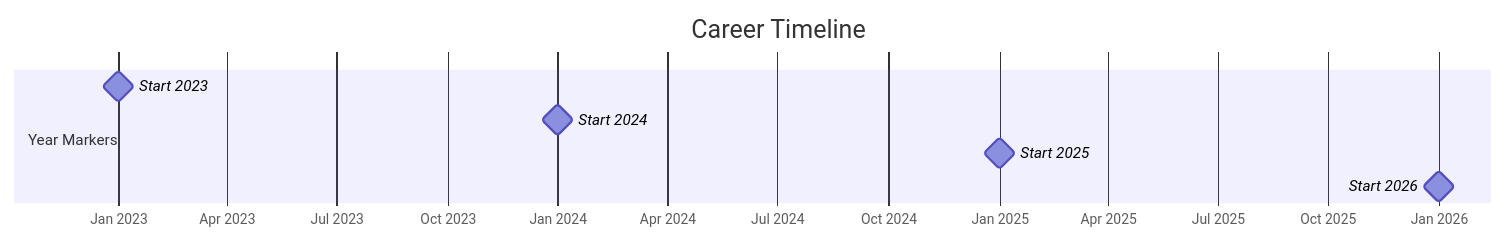
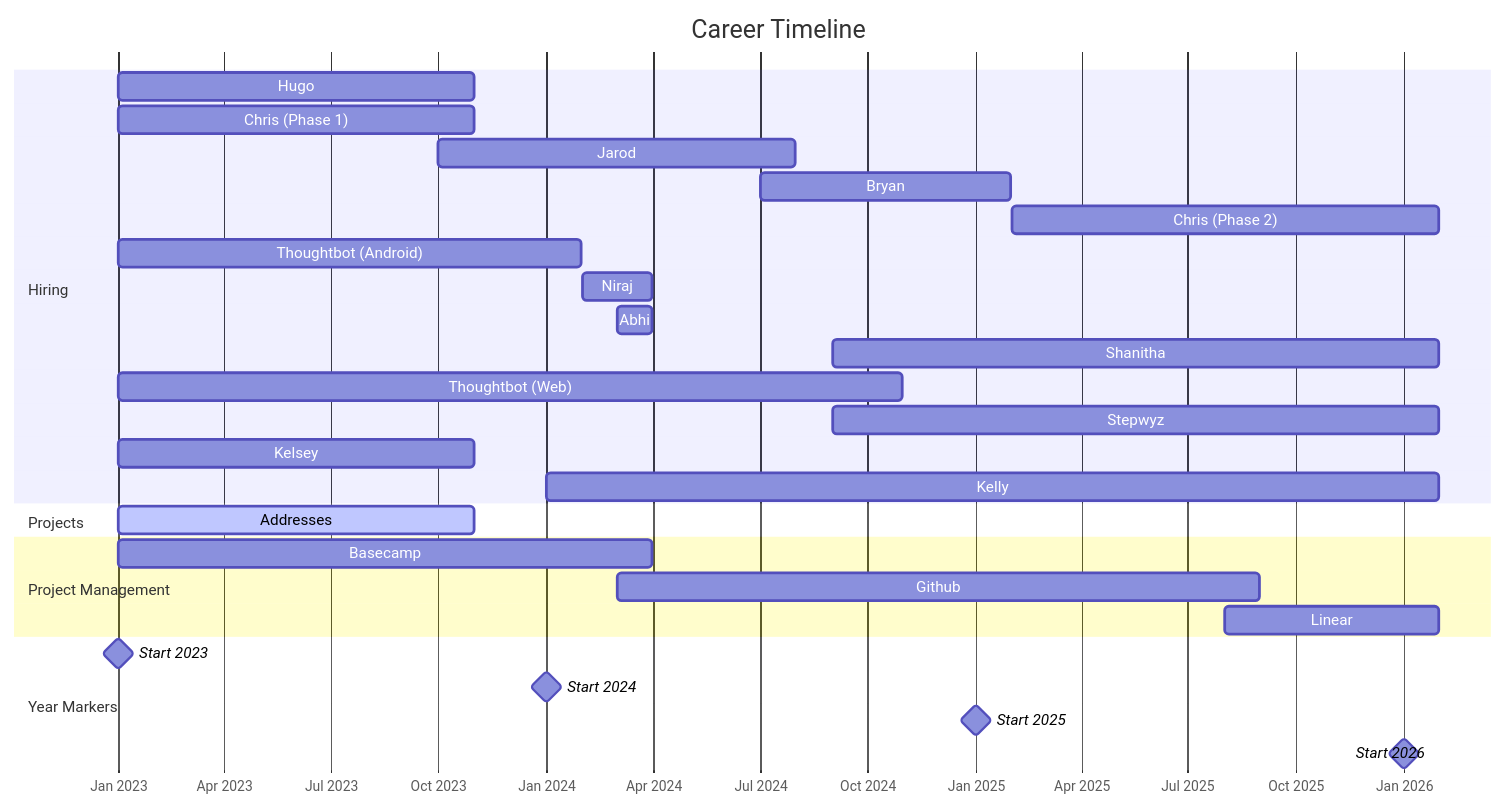
One commit to dpaola2/career-chart-oqc changed the diagram in gantt.mmd. Above: the diagram before and after it, drawn with Mermaid.

Commit message:
hiring and project management

```diff
--- a/gantt.mmd
+++ b/gantt.mmd
@@ -1,10 +1,40 @@
 gantt
     dateFormat YYYY-MM-DD
     title Career Timeline
     axisFormat %b %Y
+
+    section Hiring
+    %% Subsection: iOS
+    Hugo              : hugo, 2023-01-01, 2023-10-31
+    Chris (Phase 1)   : chris1, 2023-01-01, 2023-10-31
+    Jarod             : jarod, 2023-10-01, 2024-07-31
+    Bryan             : bryan, 2024-07-01, 2025-01-31
+    Chris (Phase 2)   : chris2, 2025-02-01, 2026-01-31
+
+    %% Subsection: Android
+    Thoughtbot (Android) : thoughtbot_android, 2023-01-01, 2024-01-31
+    Niraj             : niraj, 2024-02-01, 2024-03-31
+    Abhi              : abhi, 2024-03-01, 2024-03-31
+    Shanitha          : shanitha, 2024-09-01, 2026-01-31
+
+    %% Subsection: Web
+    Thoughtbot (Web)  : thoughtbot_web, 2023-01-01, 2024-10-31
+    Stepwyz           : stepwyz, 2024-09-01, 2026-01-31
+
+    %% Subsection: Other
+    Kelsey            : kelsey, 2023-01-01, 2023-10-31
+    Kelly             : kelly, 2024-01-01, 2026-01-31
+
+    section Projects
+    Addresses         : active, addresses, 2023-01-01, 2023-10-31
+
+    section Project Management
+    Basecamp          : basecamp, 2023-01-01, 2024-03-31
+    Github            : github, 2024-03-01, 2025-08-31
+    Linear            : linear, 2025-08-01, 2026-01-31
 
     section Year Markers
     Start 2023        : milestone, m2023, 2023-01-01, 0d
     Start 2024        : milestone, m2024, 2024-01-01, 0d
     Start 2025        : milestone, m2025, 2025-01-01, 0d
     Start 2026        : milestone, m2026, 2026-01-01, 0d
```
